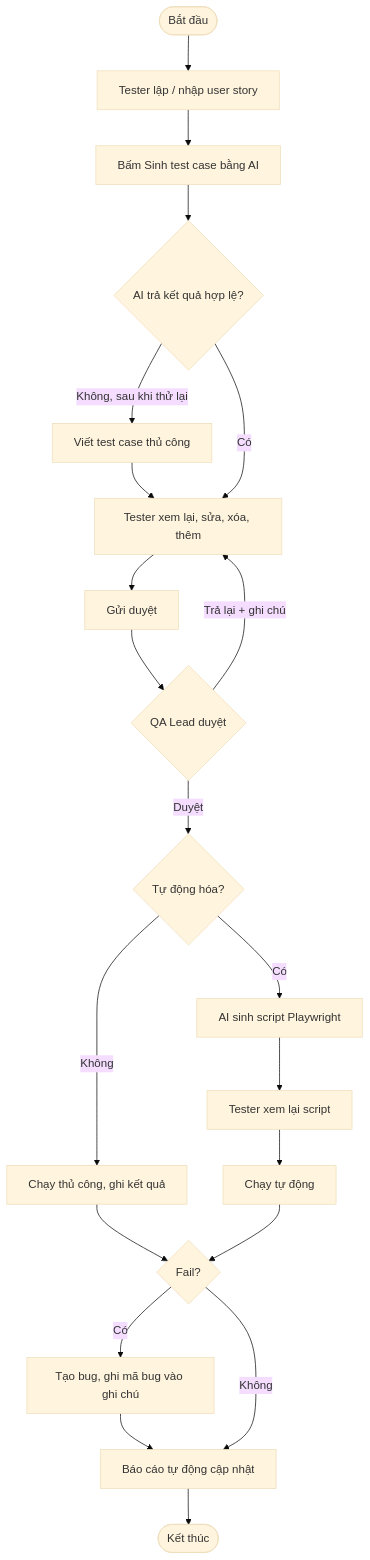
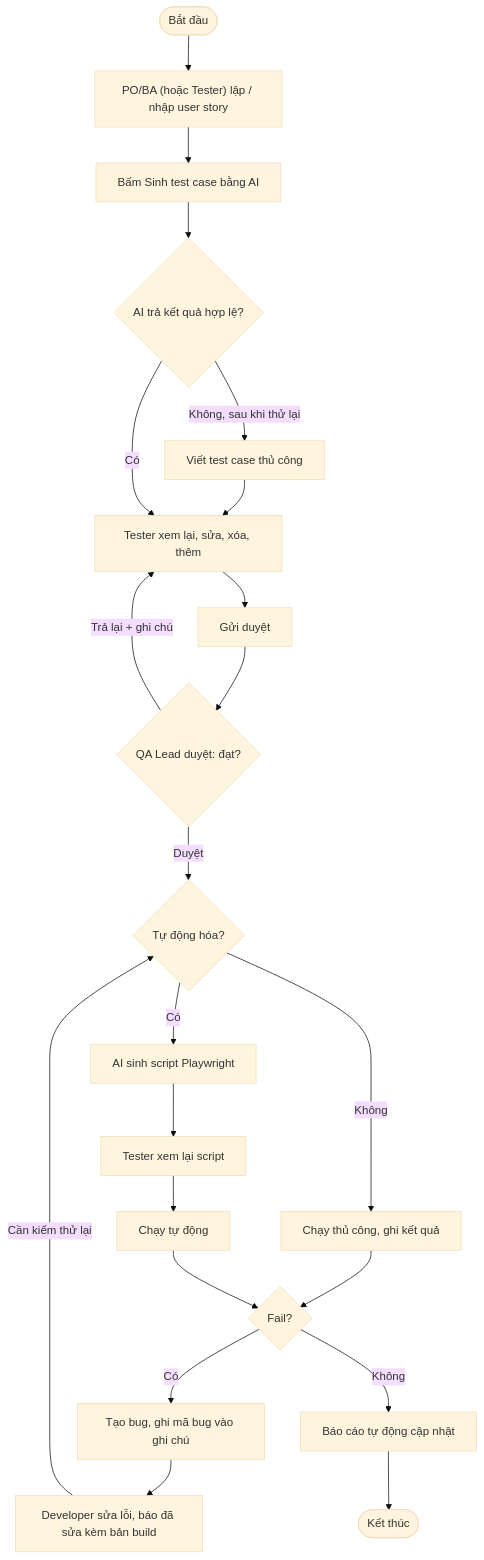
One commit to quangphuoc73/Phan_Mem_Quan_Ly_Test_Cases changed the first of 2 diagrams in docs/03_PhanTich.md. Above: the diagram before and after it, drawn with Mermaid (base theme). The commit also changed other lines of this file and 38 other files, not shown here.

First line of the commit message:
feat: YC13 Developer báo đã sửa lỗi, Tester kiểm thử lại

````diff
--- a/docs/03_PhanTich.md
+++ b/docs/03_PhanTich.md
@@ -551,19 +597,20 @@
 ```mermaid
 flowchart TD
-    S([Bắt đầu]) --> A["Tester lập / nhập user story"]
+    S([Bắt đầu]) --> A["PO/BA (hoặc Tester) lập / nhập user story"]
     A --> B["Bấm Sinh test case bằng AI"]
     B --> C{"AI trả kết quả hợp lệ?"}
     C -->|Không, sau khi thử lại| C2["Viết test case thủ công"] --> D
     C -->|Có| D["Tester xem lại, sửa, xóa, thêm"]
     D --> E["Gửi duyệt"]
-    E --> F{"QA Lead duyệt"}
+    E --> F{"QA Lead duyệt: đạt?"}
     F -->|Trả lại + ghi chú| D
     F -->|Duyệt| G{"Tự động hóa?"}
     G -->|Không| H["Chạy thủ công, ghi kết quả"]
     G -->|Có| I["AI sinh script Playwright"] --> J["Tester xem lại script"] --> K["Chạy tự động"]
     H --> L{"Fail?"}
     K --> L
-    L -->|Có| M["Tạo bug, ghi mã bug vào ghi chú"] --> N
+    L -->|Có| M["Tạo bug, ghi mã bug vào ghi chú"] --> M2["Developer sửa lỗi, báo đã sửa kèm bản build"]
+    M2 -->|"Cần kiểm thử lại"| G
     L -->|Không| N["Báo cáo tự động cập nhật"]
     N --> X([Kết thúc])
 ```
````
